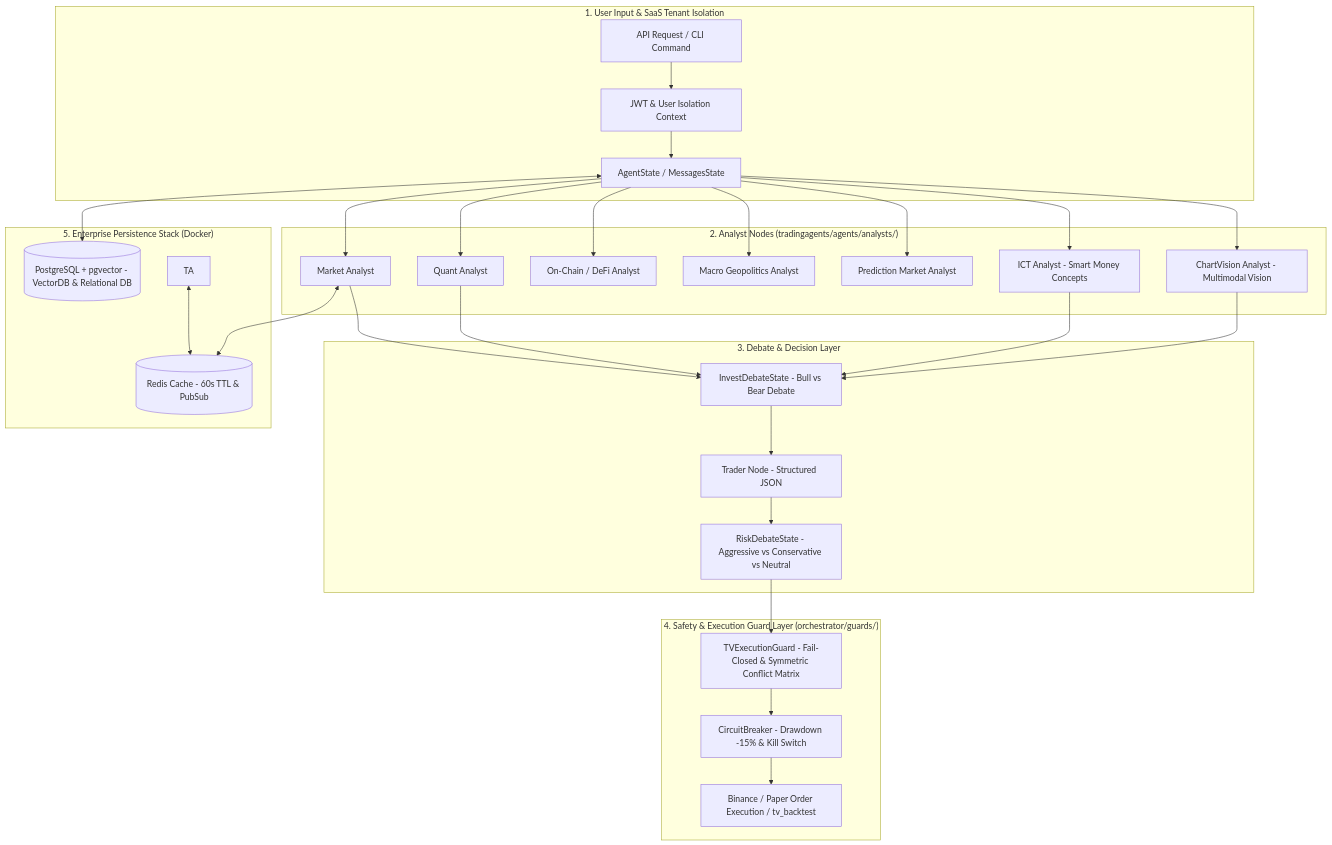
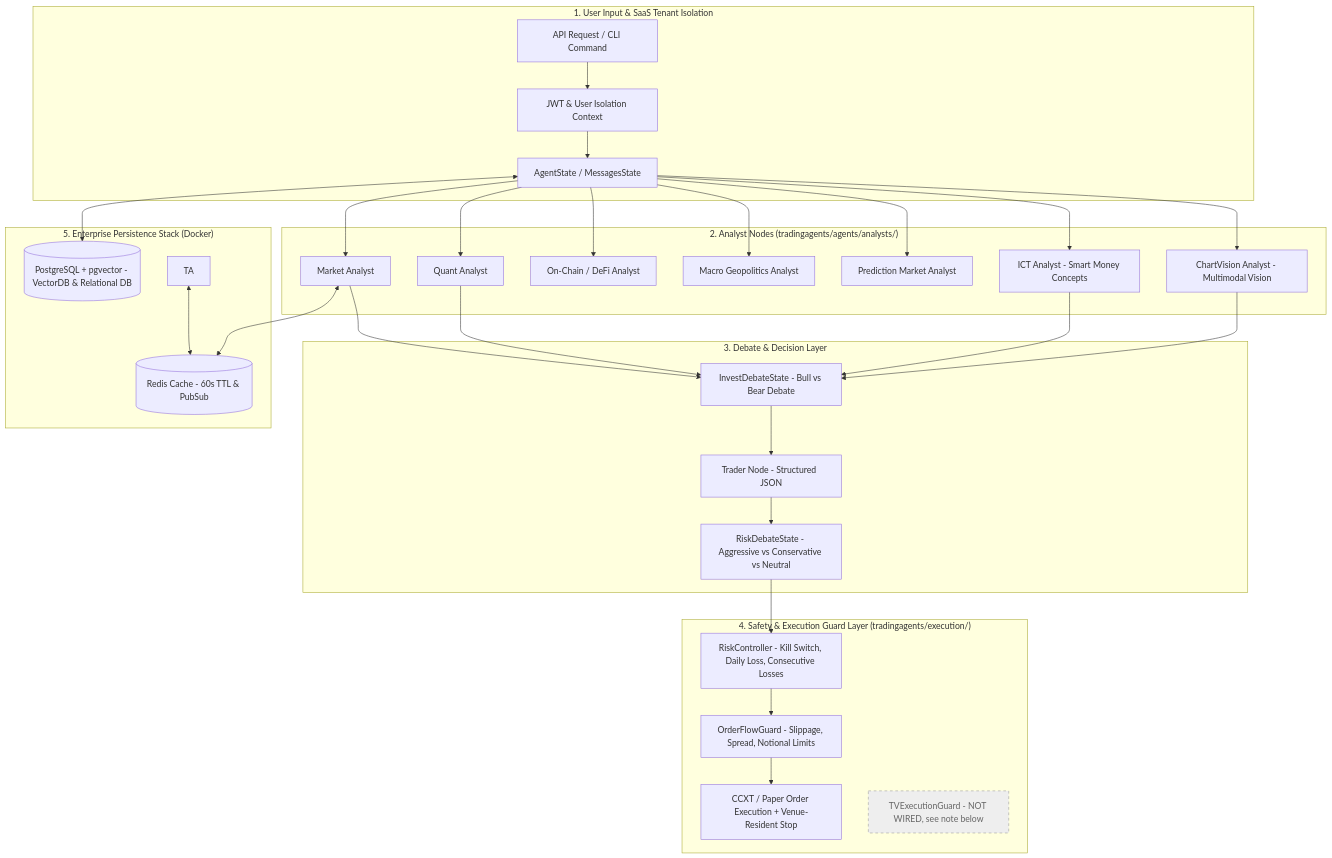
The first of 2 diagrams in README.md (bimoBintang/TradingAgents), drawn with Mermaid before and after one commit. The commit also changed other lines of this file and 122 other files, not shown here.

````diff
--- a/README.md
+++ b/README.md
@@ -23,34 +23,37 @@
 ```mermaid
 graph TD
     subgraph "1. User Input & SaaS Tenant Isolation"
         Req[API Request / CLI Command] --> Auth[JWT & User Isolation Context]
         Auth --> State[AgentState / MessagesState]
     end
 
     subgraph "2. Analyst Nodes (tradingagents/agents/analysts/)"
         State --> Mkt[Market Analyst]
         State --> Quant[Quant Analyst]
         State --> Onchain[On-Chain / DeFi Analyst]
         State --> Macro[Macro Geopolitics Analyst]
         State --> Pred[Prediction Market Analyst]
         State --> CV[ChartVision Analyst - Multimodal Vision]
         State --> ICT[ICT Analyst - Smart Money Concepts]
     end
 
     subgraph "3. Debate & Decision Layer"
         CV & ICT & Quant & Mkt --> Debate[InvestDebateState - Bull vs Bear Debate]
         Debate --> Trader[Trader Node - Structured <TRADE_DECISION> JSON]
         Trader --> Risk[RiskDebateState - Aggressive vs Conservative vs Neutral]
     end
 
-    subgraph "4. Safety & Execution Guard Layer (orchestrator/guards/)"
-        Risk --> Guard[TVExecutionGuard - Fail-Closed & Symmetric Conflict Matrix]
-        Guard --> CB[CircuitBreaker - Drawdown -15% & Kill Switch]
-        CB --> Exec[Binance / Paper Order Execution / tv_backtest]
+    classDef inactive fill:#eee,stroke:#999,stroke-dasharray:5 5,color:#666
+
+    subgraph "4. Safety & Execution Guard Layer (tradingagents/execution/)"
+        Risk --> RC[RiskController - Kill Switch, Daily Loss, Consecutive Losses]
+        RC --> OFG[OrderFlowGuard - Slippage, Spread, Notional Limits]
+        OFG --> Exec[CCXT / Paper Order Execution + Venue-Resident Stop]
+        Guard[TVExecutionGuard - NOT WIRED, see note below]:::inactive
     end
 
     subgraph "5. Enterprise Persistence Stack (Docker)"
         State <--> PG[(PostgreSQL + pgvector - VectorDB & Relational DB)]
         Mkt & TA <--> RD[(Redis Cache - 60s TTL & PubSub)]
     end
 ```
````
